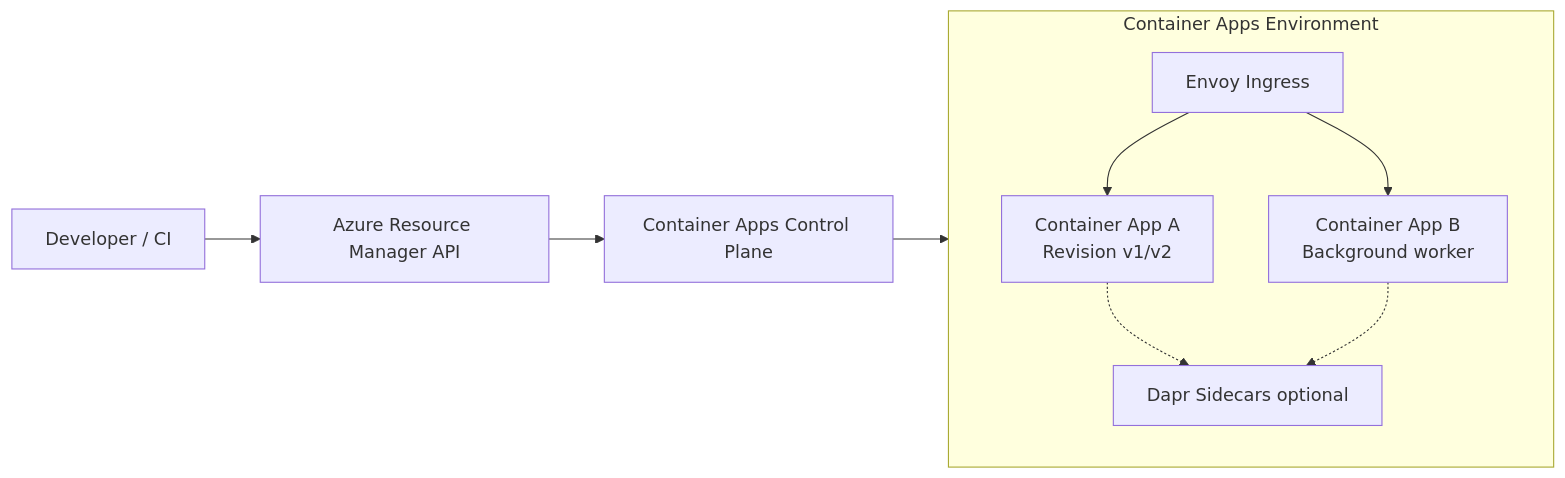
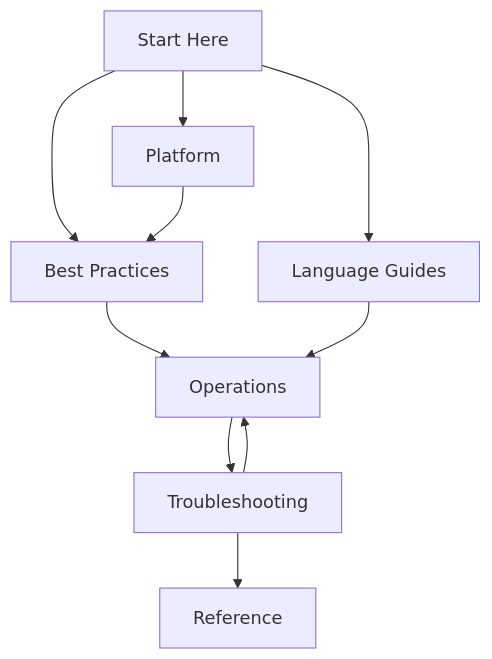
One commit to yeongseon/azure-container-apps-practical-guide changed the diagram in docs/start-here/overview.md. Above: the diagram before and after it, drawn with Mermaid. The commit also changed other lines of this file and 5 other files, not shown here.

````diff
--- a/docs/start-here/overview.md
+++ b/docs/start-here/overview.md
@@ -17,18 +26,12 @@
 ```mermaid
-graph LR
-    U[Developer / CI] --> ARM[Azure Resource Manager API]
-    ARM --> CP[Container Apps Control Plane]
-    CP --> ENV[Container Apps Environment]
-
-    subgraph ENV[Container Apps Environment]
-      IN[Envoy Ingress]
-      APP1[Container App A\nRevision v1/v2]
-      APP2[Container App B\nBackground worker]
-      DAPR[Dapr Sidecars optional]
-    end
-
-    IN --> APP1
-    IN --> APP2
-    APP1 -.-> DAPR
-    APP2 -.-> DAPR
+graph TD
+    A[Start Here] --> B[Platform]
+    A --> BP[Best Practices]
+    A --> C[Language Guides]
+    B --> BP
+    BP --> D[Operations]
+    C --> D
+    D --> E[Troubleshooting]
+    E --> D
+    E --> R[Reference]
 ```
````
